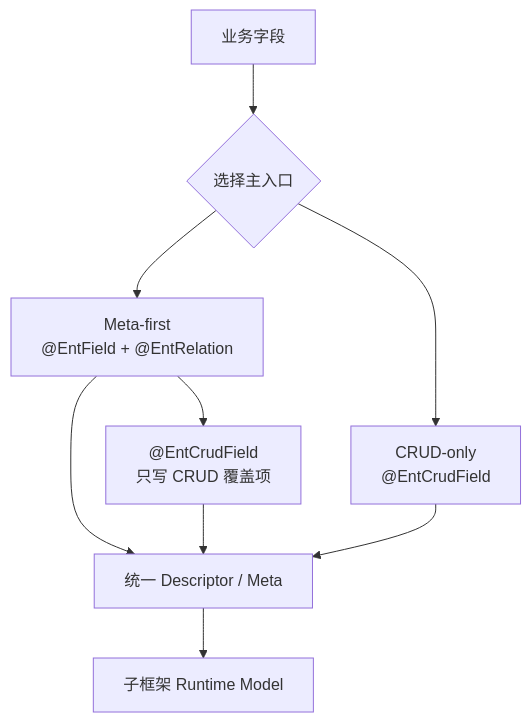
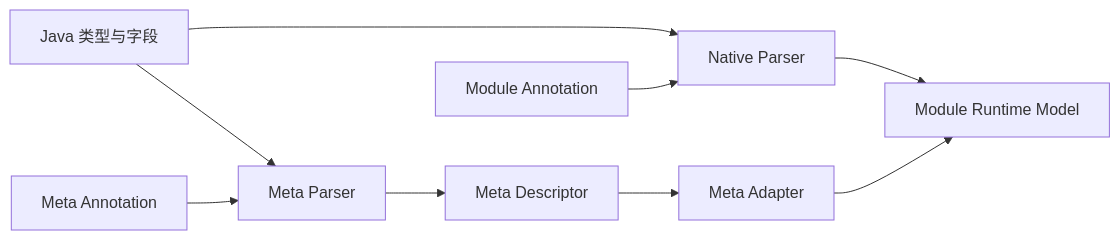
The diagram in docs/architecture/core/meta/layering-summary.md (ent-loom/ent-loom), drawn with Mermaid before and after one commit. The commit also changed other lines of this file and 96 other files, not shown here.

````diff
--- a/docs/architecture/core/meta/layering-summary.md
+++ b/docs/architecture/core/meta/layering-summary.md
@@ -296,19 +36,20 @@
 ```mermaid
-flowchart TD
-    field["业务字段"]
-    choice{"选择主入口"}
-    metaFirst["Meta-first<br/>@EntField + @EntRelation"]
-    crudOnly["CRUD-only<br/>@EntCrudField"]
-    crudOverride["@EntCrudField<br/>只写 CRUD 覆盖项"]
-    descriptor["统一 Descriptor / Meta"]
-    runtime["子框架 Runtime Model"]
+flowchart LR
+    java["Java 类型与字段"]
+    metaAnno["Meta Annotation"]
+    nativeAnno["Module Annotation"]
+    parser["Meta Parser"]
+    native["Native Parser"]
+    descriptor["Meta Descriptor"]
+    adapter["Meta Adapter"]
+    runtime["Module Runtime Model"]
 
-    field --> choice
-    choice --> metaFirst
-    choice --> crudOnly
-    metaFirst --> crudOverride
-    metaFirst --> descriptor
-    crudOverride --> descriptor
-    crudOnly --> descriptor
-    descriptor --> runtime
+    java --> parser
+    metaAnno --> parser
+    parser --> descriptor
+    descriptor --> adapter
+    java --> native
+    nativeAnno --> native
+    native --> runtime
+    adapter --> runtime
 ```
````
